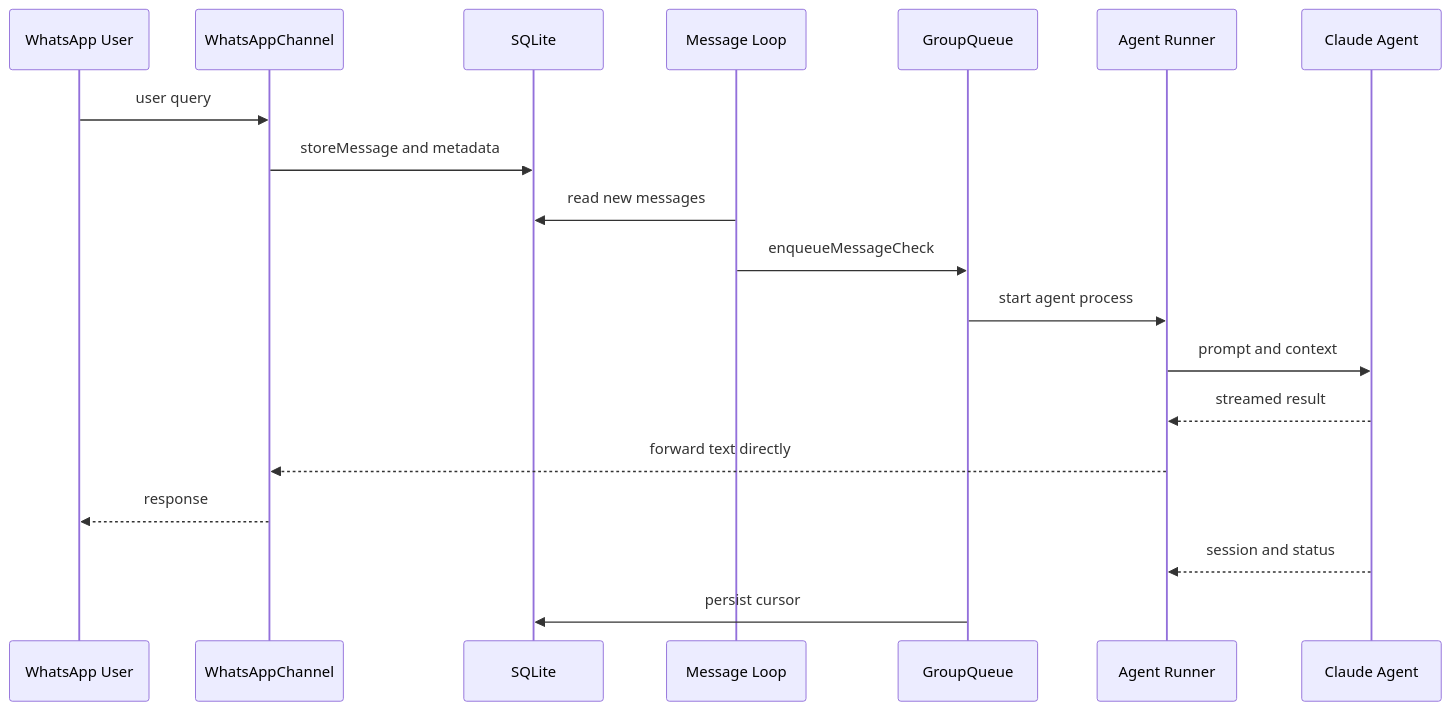
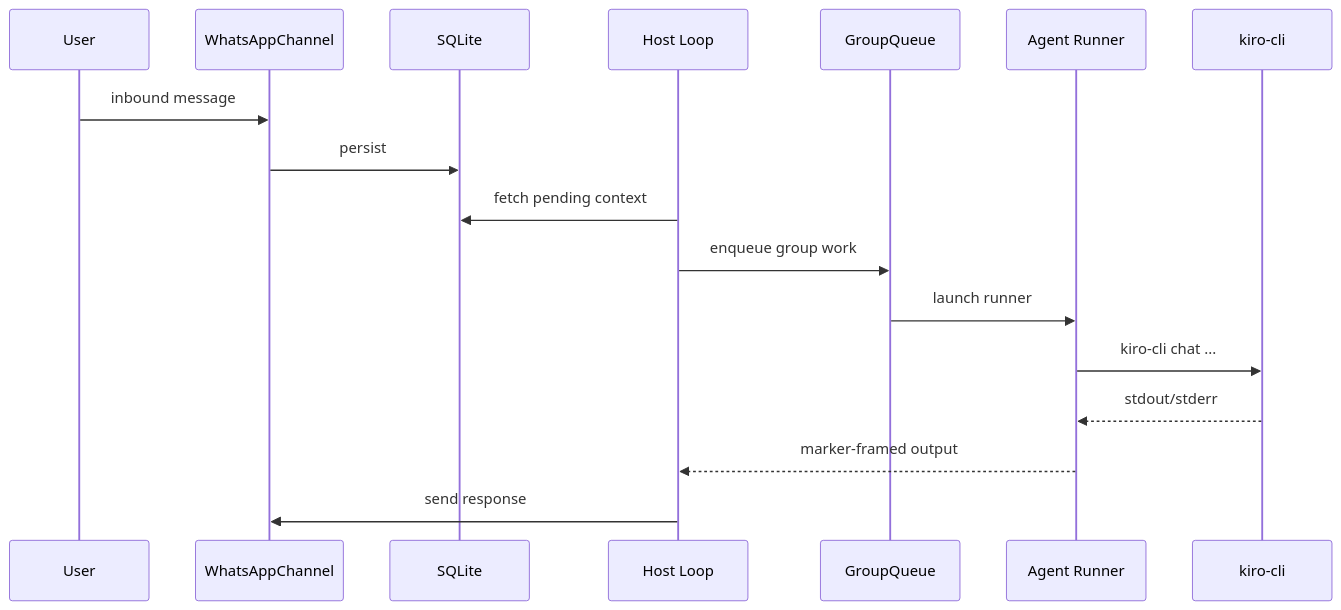
The second of 3 diagrams in analyze_architecture/architecture.md (girishp1983/nanoclaw), drawn with Mermaid before and after one commit. The commit also changed other lines of this file and 14 other files, not shown here.

````diff
--- a/analyze_architecture/architecture.md
+++ b/analyze_architecture/architecture.md
@@ -137,22 +87,20 @@
 ```mermaid
 sequenceDiagram
-    participant User as WhatsApp User
+    participant U as User
     participant WA as WhatsAppChannel
     participant DB as SQLite
-    participant MsgLoop as Message Loop
-    participant Queue as GroupQueue
-    participant Runner as Agent Runner
-    participant Agent as Claude Agent
+    participant H as Host Loop
+    participant Q as GroupQueue
+    participant R as Agent Runner
+    participant K as kiro-cli
 
-    User->>WA: user query
-    WA->>DB: storeMessage and metadata
-    MsgLoop->>DB: read new messages
-    MsgLoop->>Queue: enqueueMessageCheck
-    Queue->>Runner: start agent process
-    Runner->>Agent: prompt and context
-    Agent-->>Runner: streamed result
-    Runner-->>WA: forward text directly
-    WA-->>User: response
-    Agent-->>Runner: session and status
-    Queue->>DB: persist cursor
+    U->>WA: inbound message
+    WA->>DB: persist
+    H->>DB: fetch pending context
+    H->>Q: enqueue group work
+    Q->>R: launch runner
+    R->>K: kiro-cli chat ...
+    K-->>R: stdout/stderr
+    R-->>H: marker-framed output
+    H->>WA: send response
 ```
````
